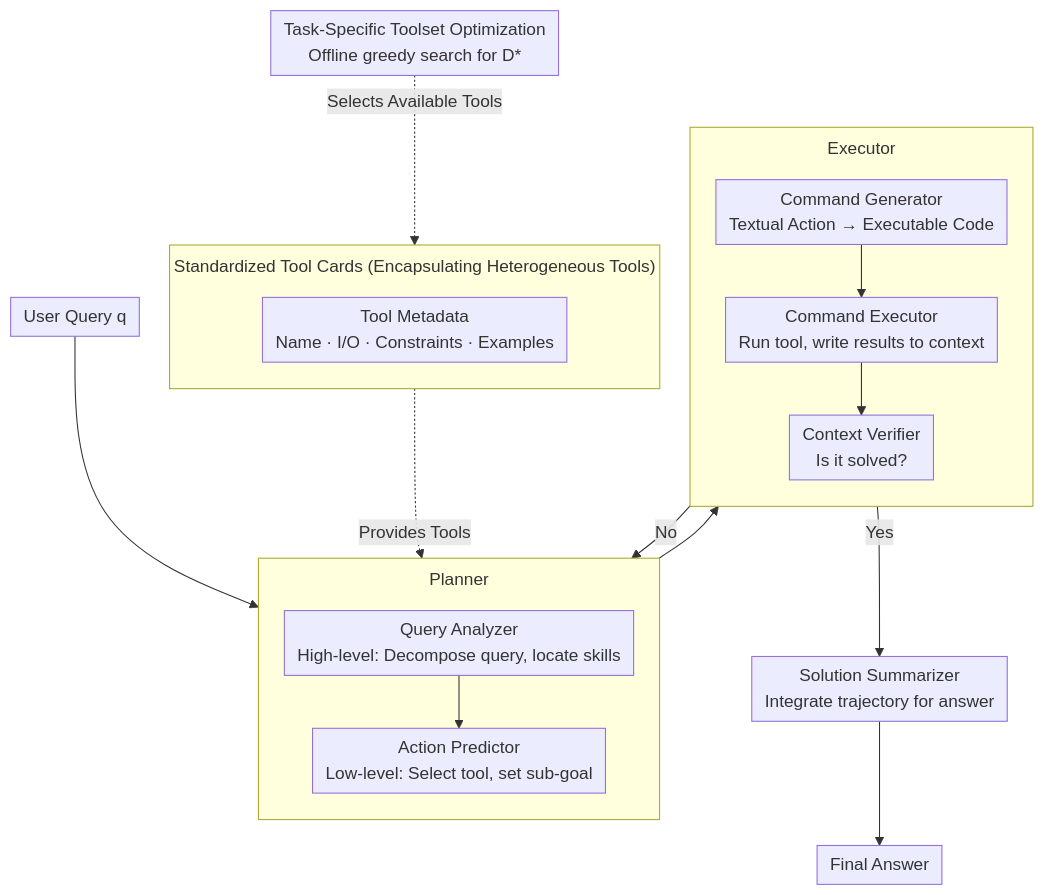
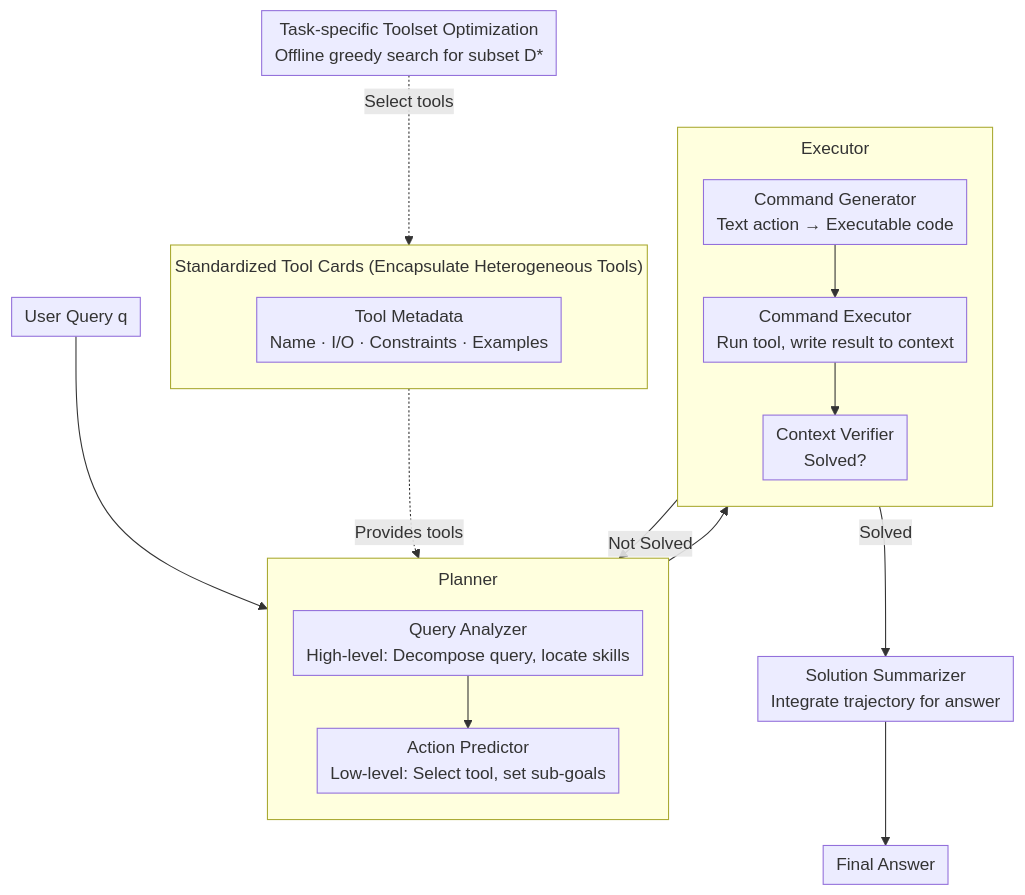
The diagram in docs/ACL2026/llm_agent/octotools_an_agentic_framework_with_extensible_tools_for_complex_reasoning.md (zhaoyang97/Paper-Notes-en), drawn with Mermaid before and after one commit. The commit also changed other lines of this file and 5084 other files, not shown here.

````diff
--- a/docs/ACL2026/llm_agent/octotools_an_agentic_framework_with_extensible_tools_for_complex_reasoning.md
+++ b/docs/ACL2026/llm_agent/octotools_an_agentic_framework_with_extensible_tools_for_complex_reasoning.md
@@ -44,23 +44,23 @@
 ```mermaid
 %%{init: {'flowchart': {'rankSpacing': 24, 'nodeSpacing': 28, 'padding': 6, 'wrappingWidth': 400, 'subGraphTitleMargin': {'top': 8, 'bottom': 16}}}}%%
 flowchart TD
     Q["User Query q"] --> PLAN
-    subgraph TC["Standardized Tool Cards (Encapsulating Heterogeneous Tools)"]
+    subgraph TC["Standardized Tool Cards (Encapsulate Heterogeneous Tools)"]
         direction TB
         T1["Tool Metadata<br/>Name · I/O · Constraints · Examples"]
     end
     subgraph PLAN["Planner"]
         direction TB
-        QA["Query Analyzer<br/>High-level: Decompose query, locate skills"] --> AP["Action Predictor<br/>Low-level: Select tool, set sub-goal"]
+        QA["Query Analyzer<br/>High-level: Decompose query, locate skills"] --> AP["Action Predictor<br/>Low-level: Select tool, set sub-goals"]
     end
     subgraph EXEC["Executor"]
         direction TB
-        CG["Command Generator<br/>Textual Action → Executable Code"] --> CE["Command Executor<br/>Run tool, write results to context"] --> CV["Context Verifier<br/>Is it solved?"]
+        CG["Command Generator<br/>Text action → Executable code"] --> CE["Command Executor<br/>Run tool, write result to context"] --> CV["Context Verifier<br/>Solved?"]
     end
-    TC -.Provides Tools.-> AP
+    TC -.Provides tools.-> AP
     AP --> CG
-    CV -->|No| AP
-    CV -->|Yes| SS["Solution Summarizer<br/>Integrate trajectory for answer"]
+    CV -->|Not Solved| AP
+    CV -->|Solved| SS["Solution Summarizer<br/>Integrate trajectory for answer"]
     SS --> ANS["Final Answer"]
-    OPT["Task-Specific Toolset Optimization<br/>Offline greedy search for D*"] -.Selects Available Tools.-> TC
+    OPT["Task-specific Toolset Optimization<br/>Offline greedy search for subset D*"] -.Select tools.-> TC
 ```
````
